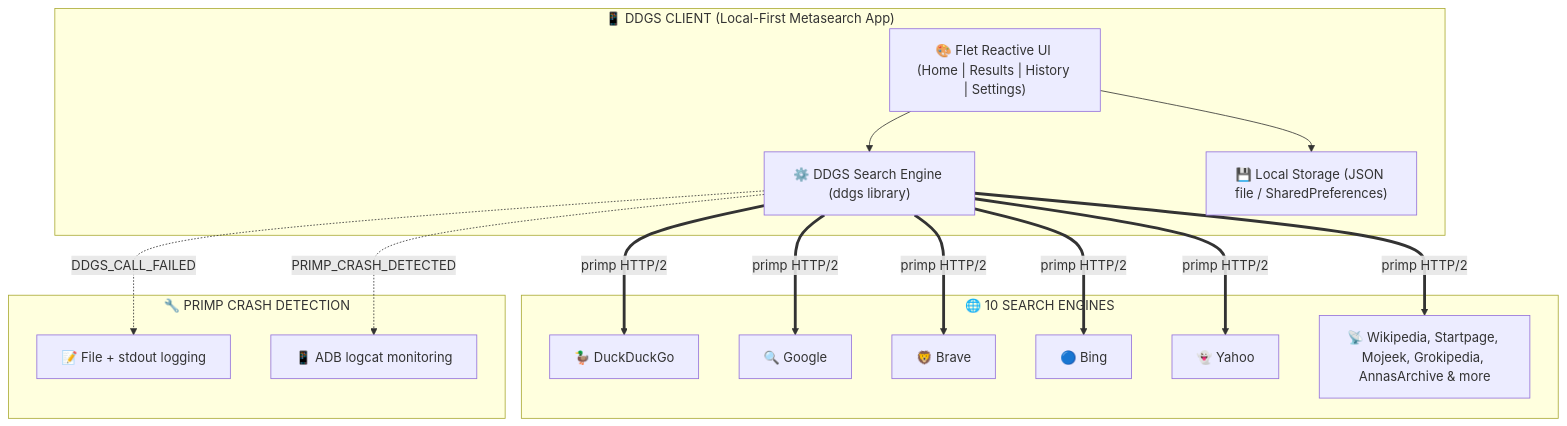
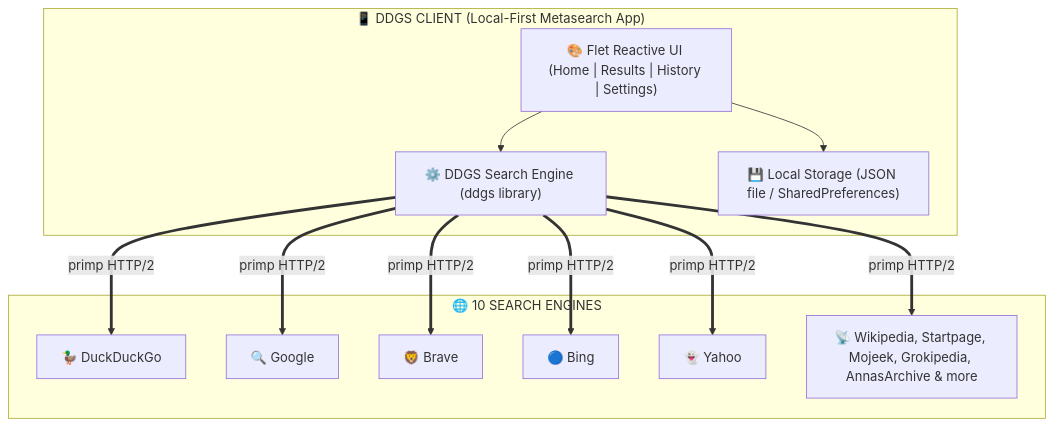
Before and after one commit to Nwokike/DDGS: the diagram in README.md, drawn with Mermaid. The commit also changed other lines of this file and 11 other files, not shown here.

````diff
--- a/README.md
+++ b/README.md
@@ -248,33 +208,26 @@
 ```mermaid
 graph TB
     subgraph DDGS_CLIENT ["📱 DDGS CLIENT (Local-First Metasearch App)"]
         UI["🎨 Flet Reactive UI (Home | Results | History | Settings)"]
         Engine["⚙️ DDGS Search Engine (ddgs library)"]
         Storage["💾 Local Storage (JSON file / SharedPreferences)"]
         UI --> Engine
         UI --> Storage
     end
 
     subgraph SEARCH_PROVIDERS ["🌐 10 SEARCH ENGINES"]
         DDG["🦆 DuckDuckGo"]
         Google["🔍 Google"]
         Brave["🦁 Brave"]
         Bing["🔵 Bing"]
         Yahoo["👻 Yahoo"]
         Others["📡 Wikipedia, Startpage, Mojeek, Grokipedia, AnnasArchive & more"]
     end
 
-    subgraph DEBUG ["🔧 PRIMP CRASH DETECTION"]
-        Logs["📝 File + stdout logging"]
-        Logcat["📱 ADB logcat monitoring"]
-    end
-
     Engine ==>|primp HTTP/2| DDG
     Engine ==>|primp HTTP/2| Google
     Engine ==>|primp HTTP/2| Brave
     Engine ==>|primp HTTP/2| Bing
     Engine ==>|primp HTTP/2| Yahoo
     Engine ==>|primp HTTP/2| Others
-    Engine -.->|DDGS_CALL_FAILED| Logs
-    Engine -.->|PRIMP_CRASH_DETECTED| Logcat
 ```
````
